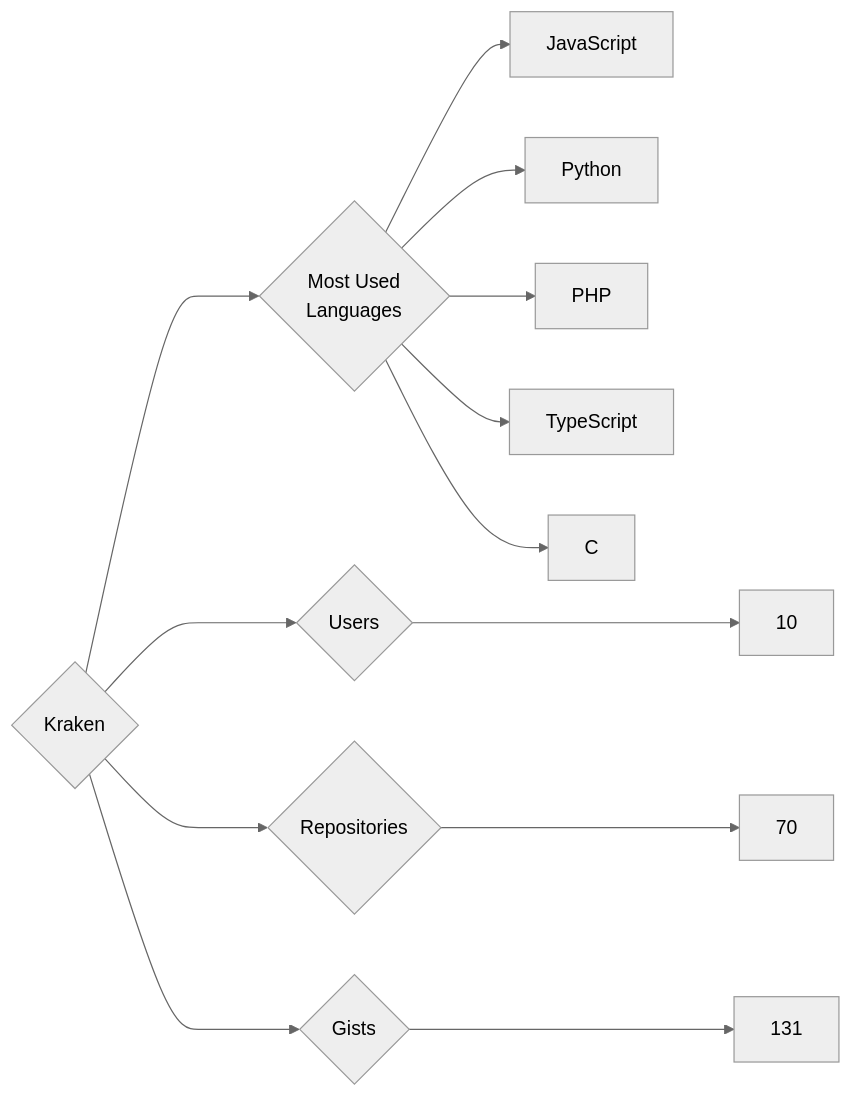
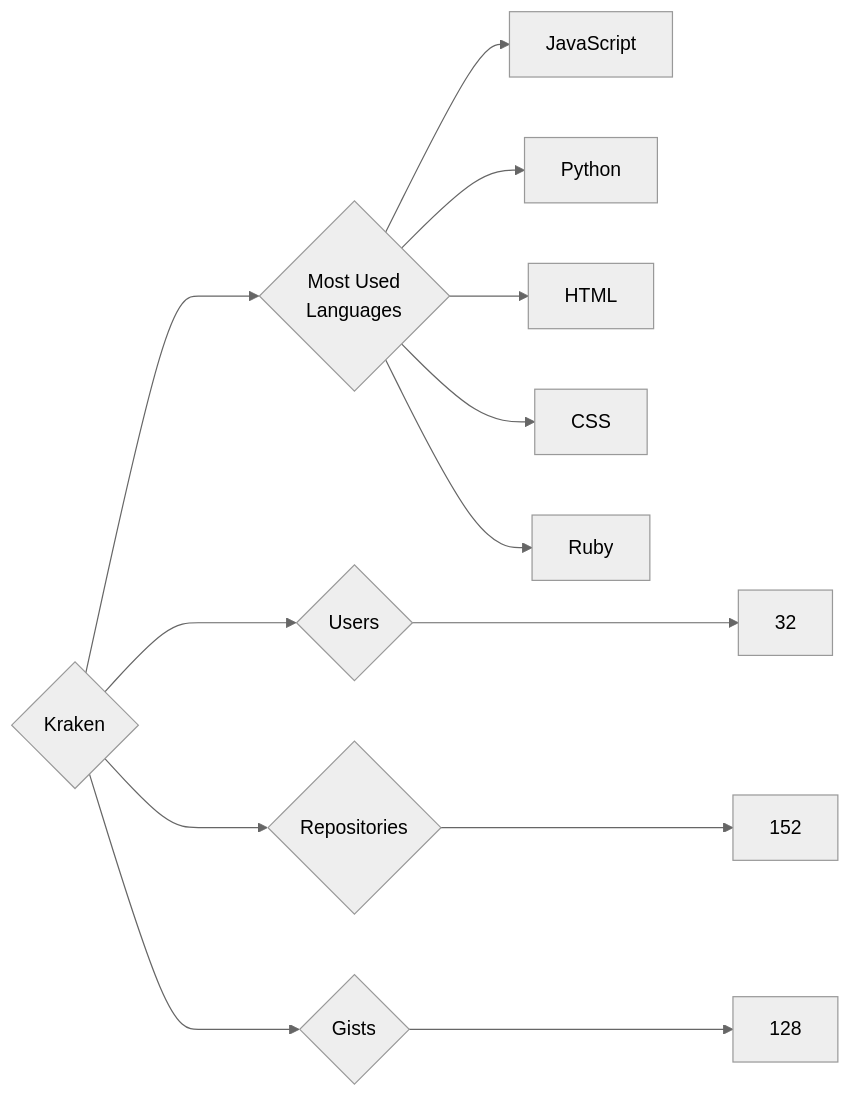
The diagram in targets/Kraken/README.md (trickest/insiders), drawn with Mermaid (neutral theme) before and after one commit. The commit also changed 891 other files, not shown here.

````diff
--- a/targets/Kraken/README.md
+++ b/targets/Kraken/README.md
@@ -3,13 +3,13 @@
 ```mermaid
 graph LR
 COMPANY_NAME{Kraken}
-COMPANY_NAME ---> U{Users} ---> UN[10]
-COMPANY_NAME ---> R{Repositories} ---> RN[70]
-COMPANY_NAME ---> G{Gists} ---> GN[131]
+COMPANY_NAME ---> U{Users} ---> UN[32]
+COMPANY_NAME ---> R{Repositories} ---> RN[152]
+COMPANY_NAME ---> G{Gists} ---> GN[128]
 COMPANY_NAME ---> ML{Most Used<br>Languages}
 ML --> JavaScript[JavaScript]
 ML --> Python[Python]
-ML --> PHP[PHP]
-ML --> TypeScript[TypeScript]
-ML --> C[C]
+ML --> HTML[HTML]
+ML --> CSS[CSS]
+ML --> Ruby[Ruby]
 ```
````
